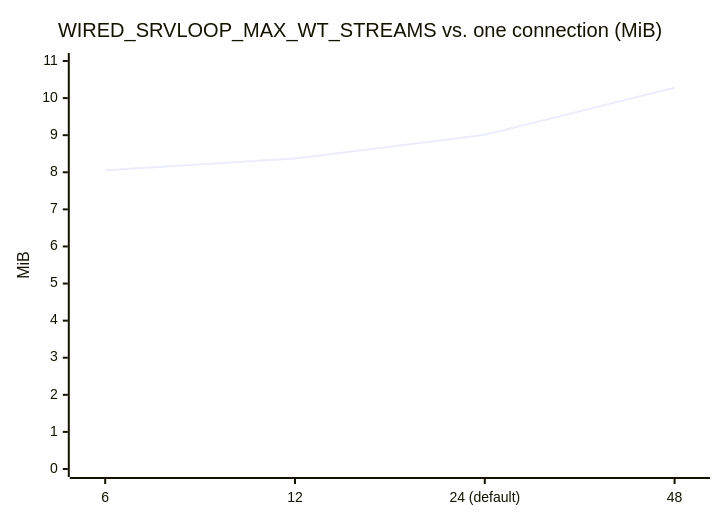
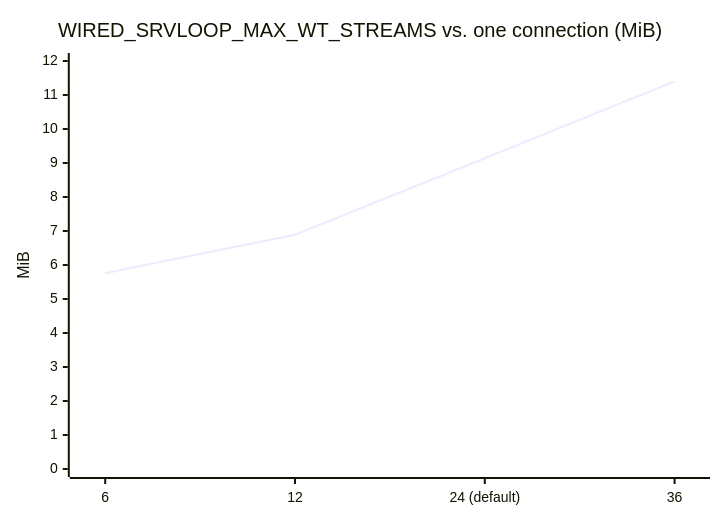
Before and after one commit to Hakkadaikon/wired: the seventh of 9 diagrams in docs/architecture/memory.md, drawn with Mermaid. The commit also changed other lines of this file and 5 other files, not shown here.

````diff
--- a/docs/architecture/memory.md
+++ b/docs/architecture/memory.md
@@ -130,7 +130,7 @@
 ```mermaid
 xychart-beta
     title "WIRED_SRVLOOP_MAX_WT_STREAMS vs. one connection (MiB)"
-    x-axis ["6", "12", "24 (default)", "48"]
-    y-axis "MiB" 0 --> 11
-    line [8.05, 8.37, 9.01, 10.28]
+    x-axis ["6", "12", "24 (default)", "36"]
+    y-axis "MiB" 0 --> 12
+    line [5.76, 6.89, 9.14, 11.40]
 ```
````
